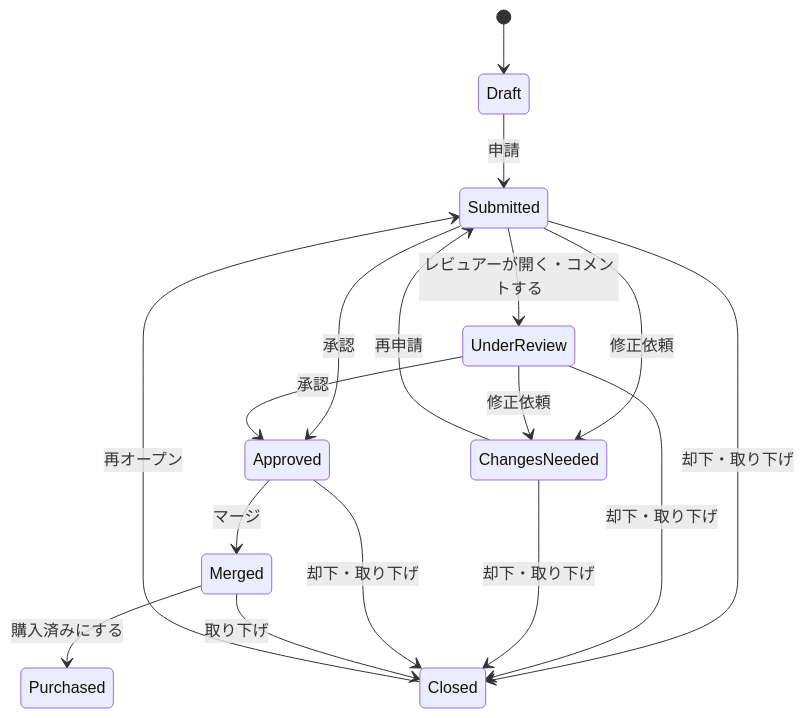
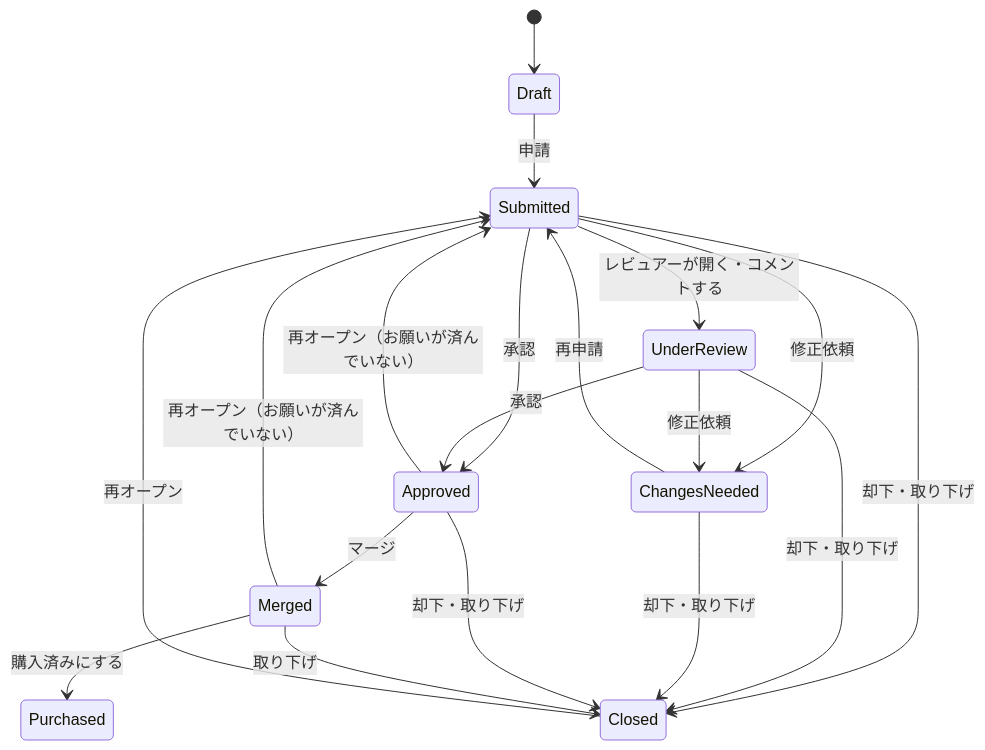
The second of 3 diagrams in readme.md (makoto-kamimura/docker_expense_management), drawn with Mermaid before and after one commit. The commit also changed other lines of this file and 17 other files, not shown here.

````diff
--- a/readme.md
+++ b/readme.md
@@ -398,19 +402,21 @@
 ```mermaid
 stateDiagram-v2
   [*] --> Draft
   Draft --> Submitted: 申請
   Submitted --> UnderReview: レビュアーが開く・コメントする
   Submitted --> Approved: 承認
   UnderReview --> Approved: 承認
   Submitted --> ChangesNeeded: 修正依頼
   UnderReview --> ChangesNeeded: 修正依頼
   ChangesNeeded --> Submitted: 再申請
   Approved --> Merged: マージ
   Merged --> Purchased: 購入済みにする
   Submitted --> Closed: 却下・取り下げ
   UnderReview --> Closed: 却下・取り下げ
   ChangesNeeded --> Closed: 却下・取り下げ
   Approved --> Closed: 却下・取り下げ
   Merged --> Closed: 取り下げ
   Closed --> Submitted: 再オープン
+  Approved --> Submitted: 再オープン（お願いが済んでいない）
+  Merged --> Submitted: 再オープン（お願いが済んでいない）
 ```
````
